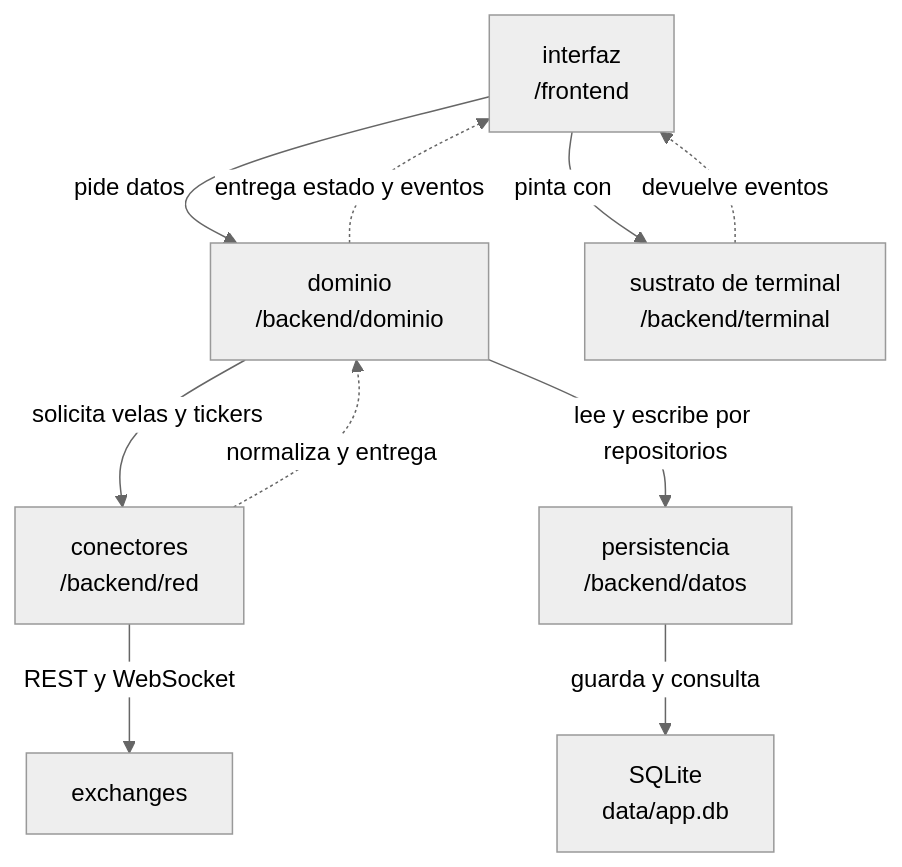
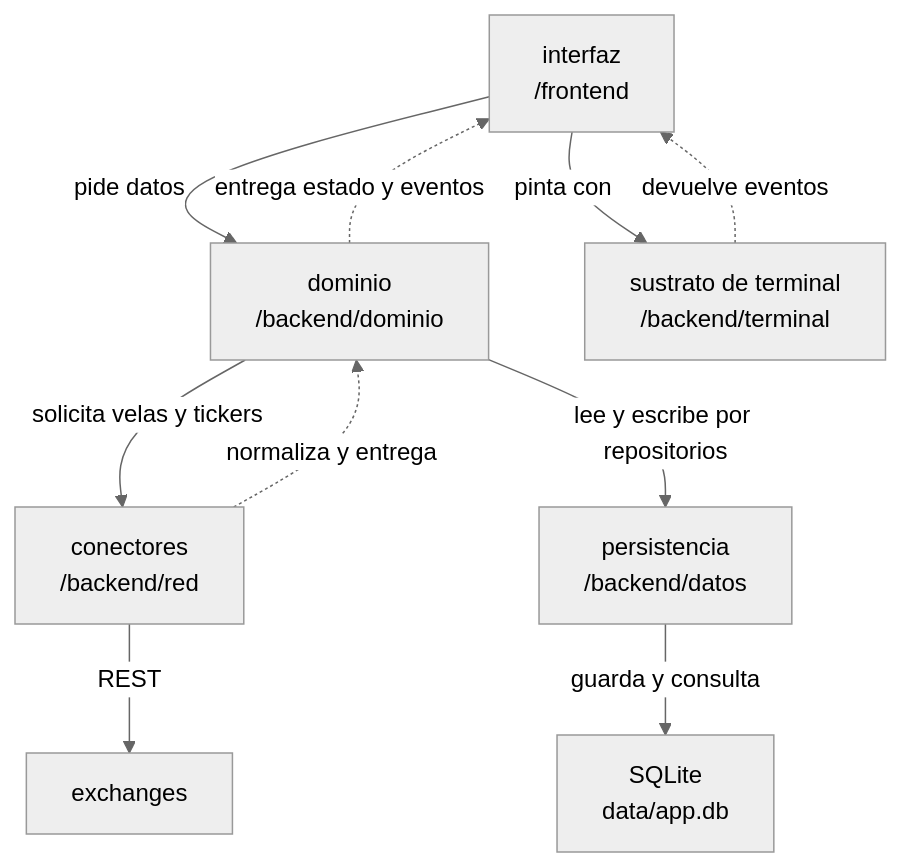
One commit to Goonza88/Trabajo_Final_Barrios_Gerbino changed the diagram in docs/arquitectura.md. Above: the diagram before and after it, drawn with Mermaid (neutral theme). The commit also changed 10 other files, not shown here.

````diff
--- a/docs/arquitectura.md
+++ b/docs/arquitectura.md
@@ -15,20 +15,20 @@
 ```mermaid
 graph TD
     UI["interfaz<br>/frontend"]
     DOM["dominio<br>/backend/dominio"]
     DATOS["persistencia<br>/backend/datos"]
     RED["conectores<br>/backend/red"]
     TERM["sustrato de terminal<br>/backend/terminal"]
     EXCH["exchanges"]
     BD["SQLite<br>data/app.db"]
 
     UI -->|"pide datos"| DOM
     DOM -.->|"entrega estado y eventos"| UI
     DOM -->|"solicita velas y tickers"| RED
-    RED -->|"REST y WebSocket"| EXCH
+    RED -->|"REST"| EXCH
     RED -.->|"normaliza y entrega"| DOM
     DOM -->|"lee y escribe por repositorios"| DATOS
     DATOS -->|"guarda y consulta"| BD
     UI -->|"pinta con"| TERM
     TERM -.->|"devuelve eventos"| UI
 ```
````
